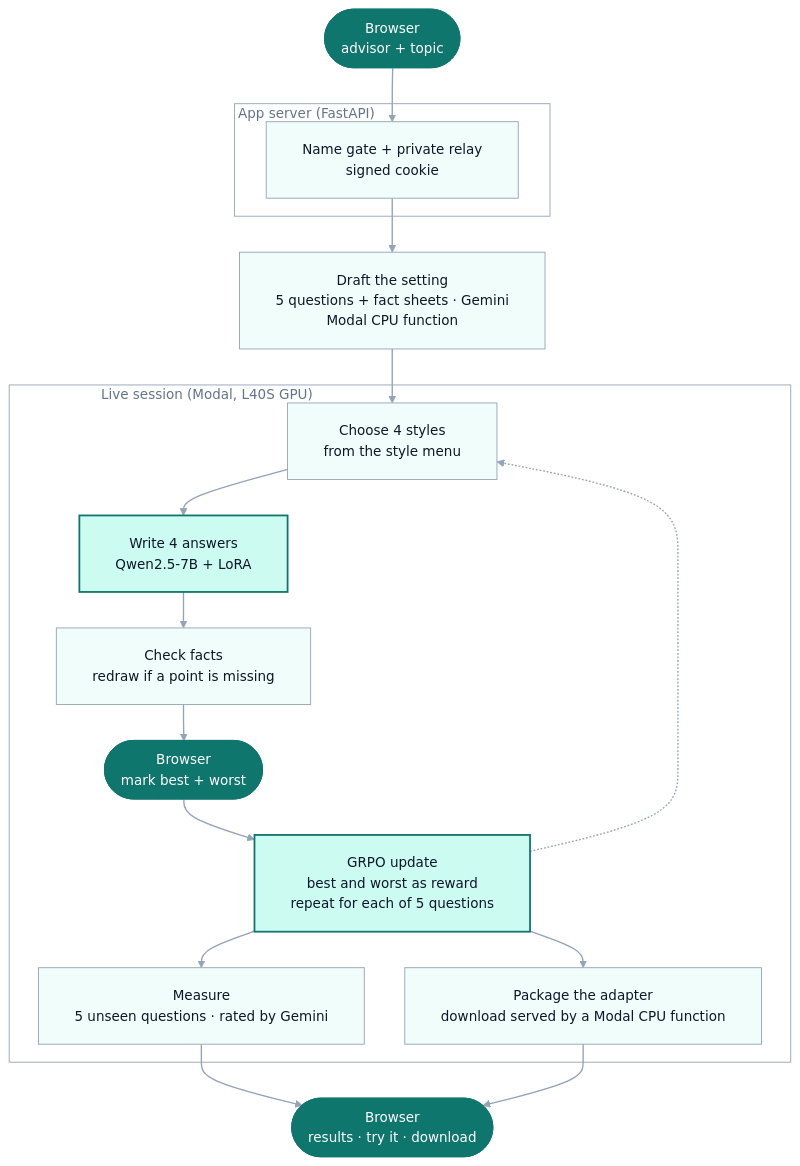
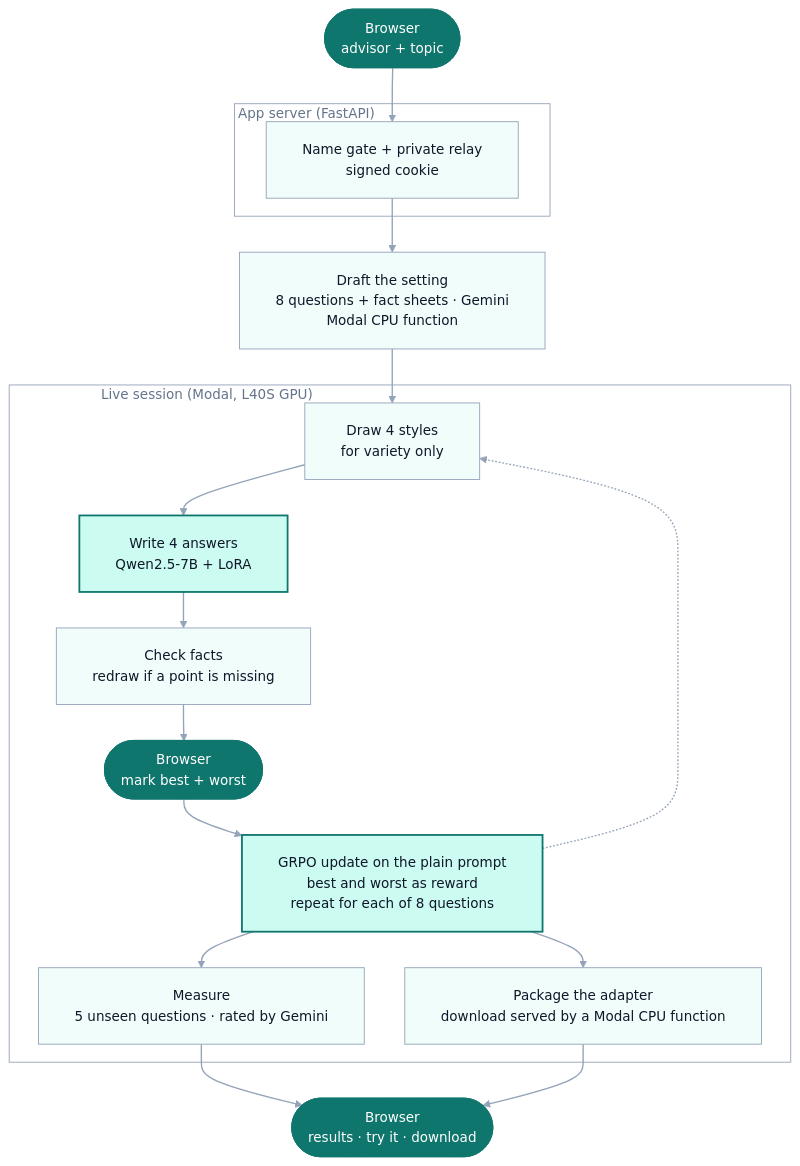
Before and after one commit to jessecui/attune: the diagram in README.md, drawn with Mermaid. The commit also changed other lines of this file and 13 other files, not shown here.

````diff
--- a/README.md
+++ b/README.md
@@ -42,40 +53,40 @@
 ```mermaid
 %%{init: {"theme": "base", "themeVariables": {"fontSize": "15px", "lineColor": "#94a3b8", "textColor": "#64748b", "clusterBkg": "transparent", "clusterBorder": "#94a3b8", "titleColor": "#64748b"}, "flowchart": {"curve": "basis", "nodeSpacing": 45, "rankSpacing": 40, "padding": 20, "wrappingWidth": 400}}}%%
 flowchart TB
     UI(["Browser<br/>advisor + topic"])
 
-    D["Draft the setting<br/>5 questions + fact sheets · Gemini<br/>Modal CPU function"]
+    D["Draft the setting<br/>8 questions + fact sheets · Gemini<br/>Modal CPU function"]
 
     subgraph APP["App server (FastAPI)#nbsp;#nbsp;#nbsp;#nbsp;#nbsp;#nbsp;#nbsp;#nbsp;#nbsp;#nbsp;#nbsp;#nbsp;#nbsp;#nbsp;#nbsp;#nbsp;#nbsp;#nbsp;#nbsp;#nbsp;#nbsp;#nbsp;#nbsp;#nbsp;#nbsp;#nbsp;#nbsp;#nbsp;#nbsp;#nbsp;#nbsp;#nbsp;#nbsp;#nbsp;#nbsp;#nbsp;#nbsp;#nbsp;#nbsp;#nbsp;"]
         A["Name gate + private relay<br/>signed cookie"]
     end
 
     subgraph LIVE["Live session (Modal, L40S GPU)#nbsp;#nbsp;#nbsp;#nbsp;#nbsp;#nbsp;#nbsp;#nbsp;#nbsp;#nbsp;#nbsp;#nbsp;#nbsp;#nbsp;#nbsp;#nbsp;#nbsp;#nbsp;#nbsp;#nbsp;#nbsp;#nbsp;#nbsp;#nbsp;#nbsp;#nbsp;#nbsp;#nbsp;#nbsp;#nbsp;#nbsp;#nbsp;#nbsp;#nbsp;#nbsp;#nbsp;#nbsp;#nbsp;#nbsp;#nbsp;#nbsp;#nbsp;#nbsp;#nbsp;#nbsp;#nbsp;#nbsp;#nbsp;#nbsp;#nbsp;#nbsp;#nbsp;#nbsp;#nbsp;#nbsp;#nbsp;#nbsp;#nbsp;#nbsp;#nbsp;#nbsp;#nbsp;#nbsp;#nbsp;#nbsp;#nbsp;#nbsp;#nbsp;#nbsp;#nbsp;#nbsp;#nbsp;#nbsp;#nbsp;#nbsp;#nbsp;#nbsp;#nbsp;#nbsp;#nbsp;#nbsp;#nbsp;#nbsp;#nbsp;#nbsp;#nbsp;#nbsp;#nbsp;#nbsp;#nbsp;"]
-        C["Choose 4 styles<br/>from the style menu"]
+        C["Draw 4 styles<br/>for variety only"]
         W["Write 4 answers<br/>Qwen2.5-7B + LoRA"]
         F["Check facts<br/>redraw if a point is missing"]
         PICK(["Browser<br/>mark best + worst"])
-        U["GRPO update<br/>best and worst as reward<br/>repeat for each of 5 questions"]
+        U["GRPO update on the plain prompt<br/>best and worst as reward<br/>repeat for each of 8 questions"]
         M["Measure<br/>5 unseen questions · rated by Gemini"]
         PKG["Package the adapter<br/>download served by a Modal CPU function"]
         C --> W --> F --> PICK --> U
         U -.-> C
         U --> M
         U --> PKG
     end
 
     OUT(["Browser<br/>results · try it · download"])
 
     UI --> A --> D --> C
     M --> OUT
     PKG --> OUT
 
     classDef step fill:#f0fdfa,stroke:#94a3b8,stroke-width:1px,color:#0f172a
     classDef model fill:#ccfbf1,stroke:#0f766e,stroke-width:2px,color:#0f172a
     classDef client fill:#0f766e,stroke:#0f766e,color:#ffffff
 
     class A,D,C,F,M,PKG step
     class W,U model
     class UI,PICK,OUT client
     linkStyle default stroke:#94a3b8,stroke-width:1.5px
 ```
````
